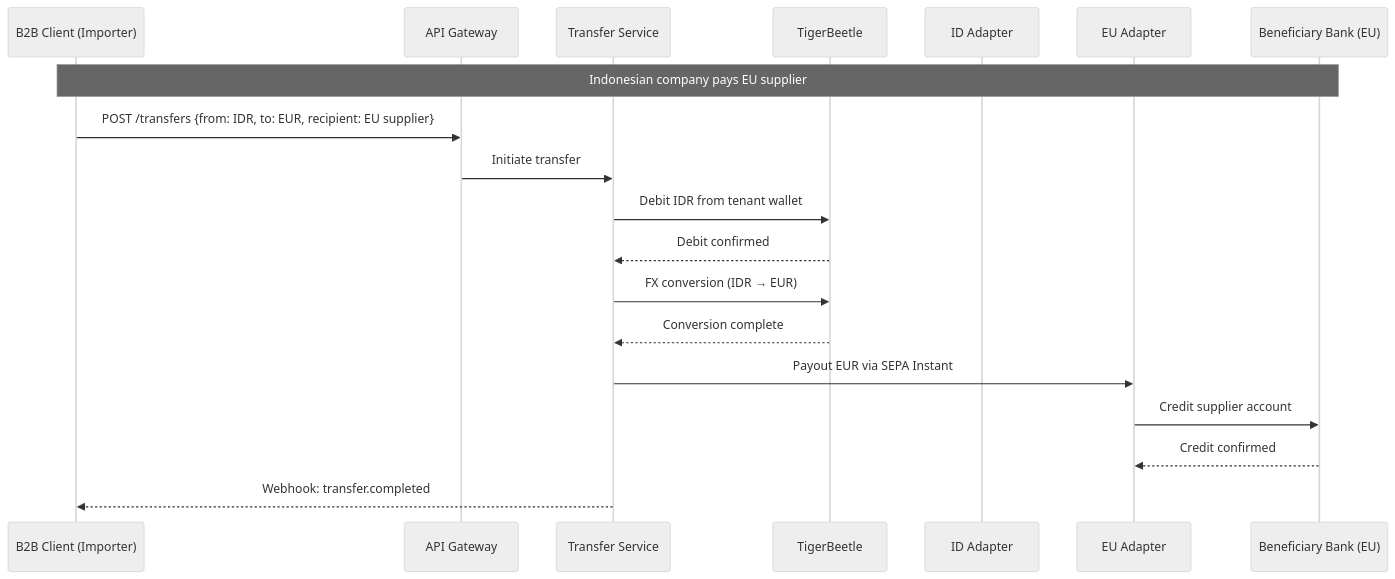
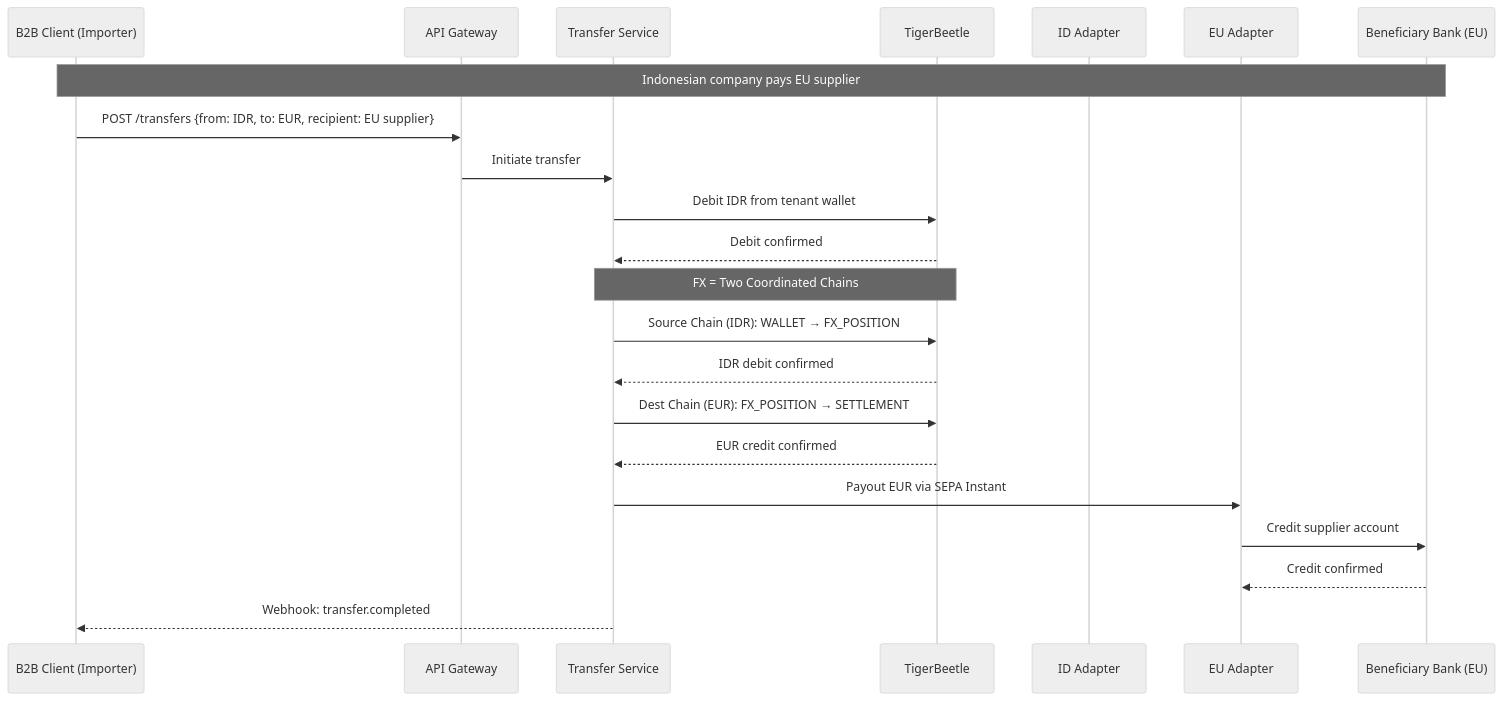
One commit to rickyraz/kovra changed the second of 2 diagrams in docs/ARCHITECTURE.md. Above: the diagram before and after it, drawn with Mermaid (neutral theme). The commit also changed other lines of this file and 3 other files, not shown here.

Commit message:
feat(docs): add detailed documentation for FX transfer chain redesign and atomic settlement rationale

````diff
--- a/docs/ARCHITECTURE.md
+++ b/docs/ARCHITECTURE.md
@@ -315,45 +320,52 @@
 ```mermaid
 
 sequenceDiagram
 
     participant Client as B2B Client (Importer)
 
     participant API as API Gateway
 
     participant TS as Transfer Service
 
     participant TB as TigerBeetle
 
     participant ID as ID Adapter
 
     participant EU as EU Adapter
 
     participant Bank as Beneficiary Bank (EU)
 
   
 
     Note over Client,Bank: Indonesian company pays EU supplier
 
   
 
     Client->>API: POST /transfers {from: IDR, to: EUR, recipient: EU supplier}
 
     API->>TS: Initiate transfer
 
     TS->>TB: Debit IDR from tenant wallet
 
     TB-->>TS: Debit confirmed
 
-    TS->>TB: FX conversion (IDR → EUR)
+    Note over TS,TB: FX = Two Coordinated Chains
 
-    TB-->>TS: Conversion complete
+    TS->>TB: Source Chain (IDR): WALLET → FX_POSITION
+
+    TB-->>TS: IDR debit confirmed
+
+    TS->>TB: Dest Chain (EUR): FX_POSITION → SETTLEMENT
+
+    TB-->>TS: EUR credit confirmed
+
 
     TS->>EU: Payout EUR via SEPA Instant
 
     EU->>Bank: Credit supplier account
 
     Bank-->>EU: Credit confirmed
 
     TS-->>Client: Webhook: transfer.completed
 
 ```
````
